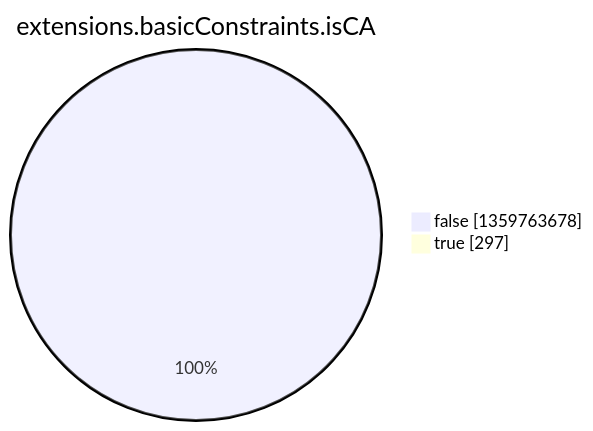
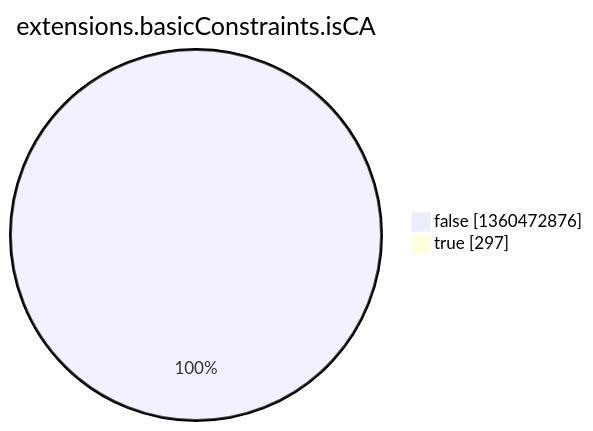
One commit to christiankrug/ctmonitor_visualization changed the eighth of 15 diagrams in argon2022/README.md. Above: the diagram before and after it, drawn with Mermaid. The commit also changed other lines of this file, not shown here.

````diff
--- a/argon2022/README.md
+++ b/argon2022/README.md
@@ -2758,6 +2758,6 @@
 ```mermaid
 pie showData
 title extensions.basicConstraints.isCA
-"false" :1359763678
+"false" :1360472876
 "true" :297
 ```
````
